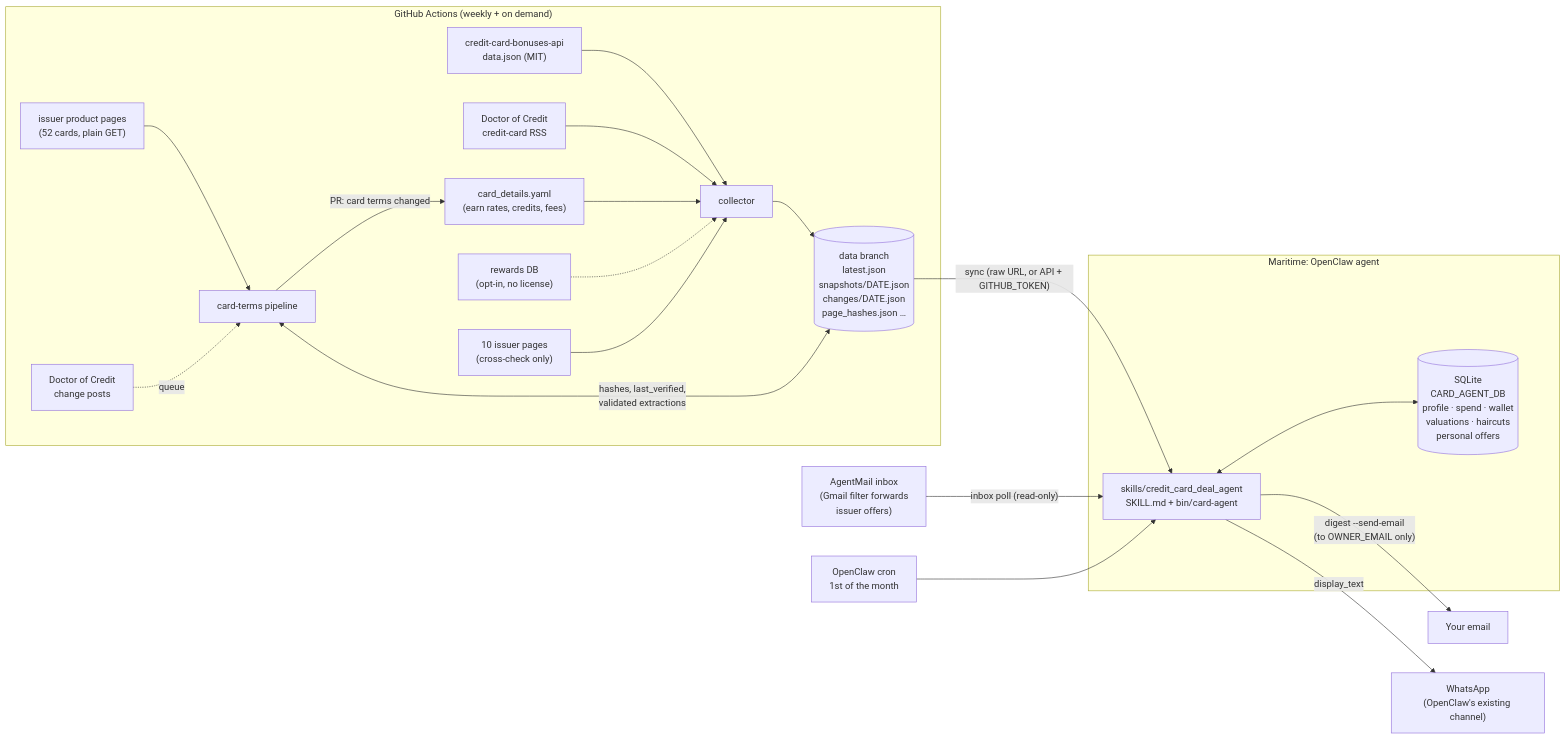
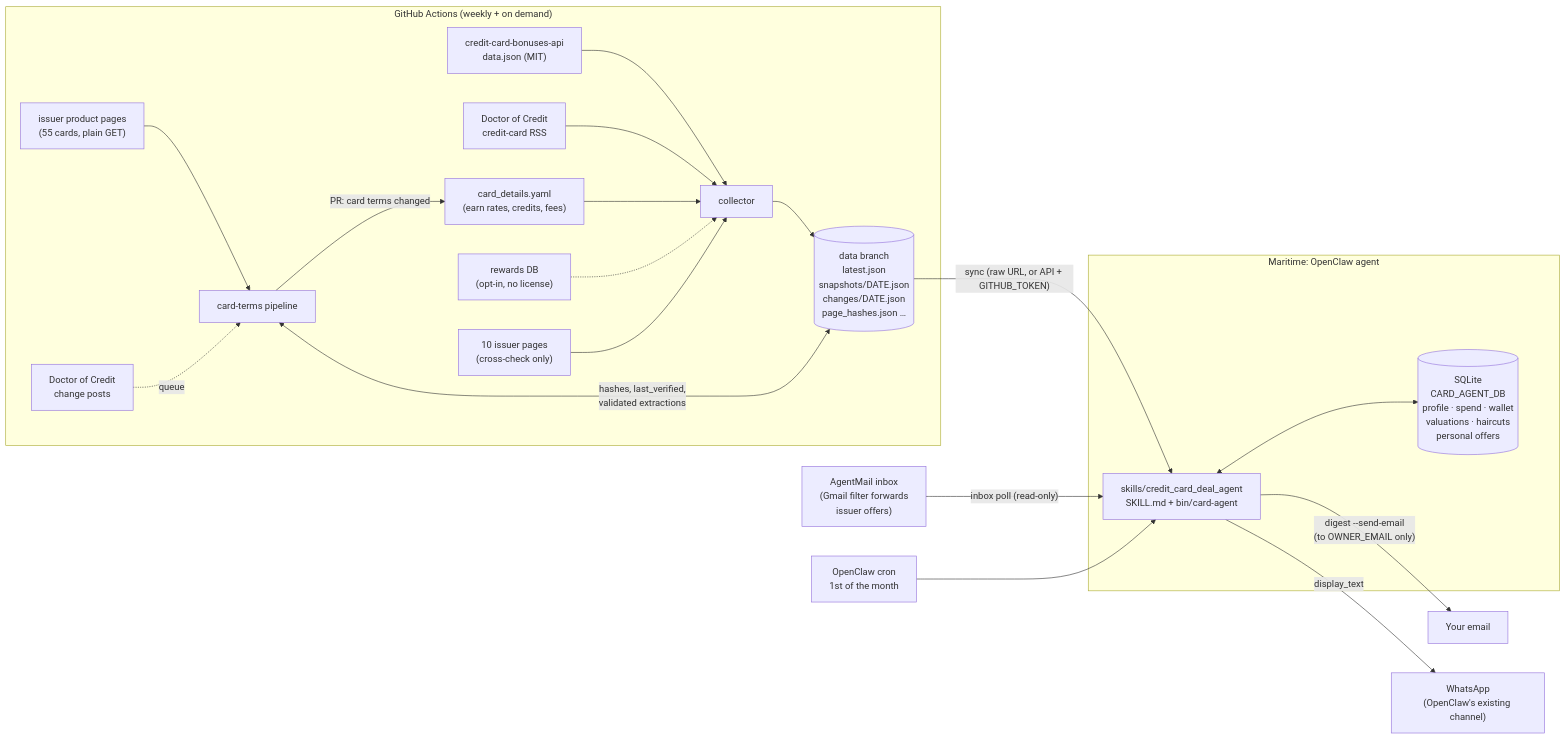
One commit to KevinChunye/credit_card_deal_agent changed the diagram in docs/ARCHITECTURE.md. Above: the diagram before and after it, drawn with Mermaid. The commit also changed other lines of this file and 9 other files, not shown here.

First line of the commit message:
Manual cards: track three via issuer pages; mark two discontinued

````diff
--- a/docs/ARCHITECTURE.md
+++ b/docs/ARCHITECTURE.md
@@ -9,25 +9,25 @@
 ```mermaid
 flowchart LR
     subgraph GH["GitHub Actions (weekly + on demand)"]
         A1["credit-card-bonuses-api<br/>data.json (MIT)"] --> C[collector]
         A2["Doctor of Credit<br/>credit-card RSS"] --> C
         A3["card_details.yaml<br/>(earn rates, credits, fees)"] --> C
         A4["rewards DB<br/>(opt-in, no license)"] -.-> C
         A5["10 issuer pages<br/>(cross-check only)"] --> C
         C --> D[("data branch<br/>latest.json<br/>snapshots/DATE.json<br/>changes/DATE.json<br/>page_hashes.json …")]
-        P["issuer product pages<br/>(52 cards, plain GET)"] --> T[card-terms pipeline]
+        P["issuer product pages<br/>(55 cards, plain GET)"] --> T[card-terms pipeline]
         R["Doctor of Credit<br/>change posts"] -.->|queue| T
         T <-->|"hashes, last_verified,<br/>validated extractions"| D
         T -->|"PR: card terms changed"| A3
     end
     subgraph M["Maritime: OpenClaw agent"]
         S["skills/credit_card_deal_agent<br/>SKILL.md + bin/card-agent"]
         DB[("SQLite<br/>CARD_AGENT_DB<br/>profile · spend · wallet<br/>valuations · haircuts<br/>personal offers")]
         S <--> DB
     end
     D -- "sync (raw URL, or API + GITHUB_TOKEN)" --> S
     IN["AgentMail inbox<br/>(Gmail filter forwards<br/>issuer offers)"] -- "inbox poll (read-only)" --> S
     S -- "digest --send-email<br/>(to OWNER_EMAIL only)" --> EM["Your email"]
     S -- "display_text" --> WA["WhatsApp<br/>(OpenClaw's existing channel)"]
     CRON["OpenClaw cron<br/>1st of the month"] --> S
 ```
````
